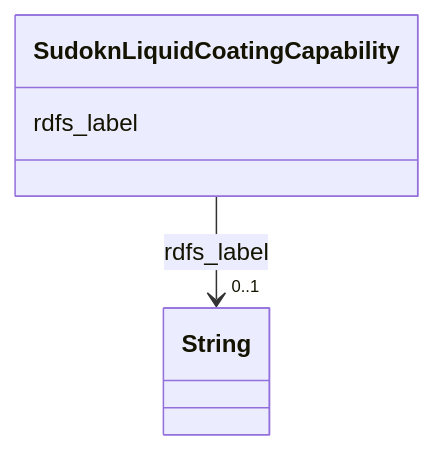
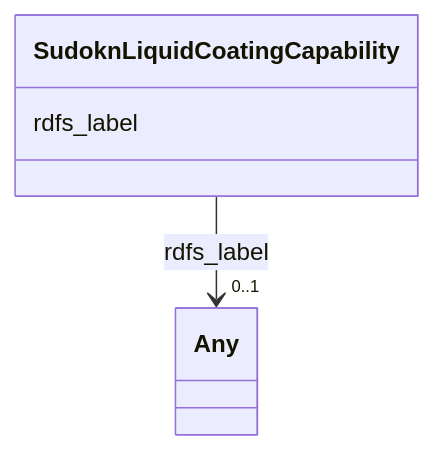
The diagram in sudokn-kg/classes/SudoknLiquidCoatingCapability.md (frink-okn/graph-descriptions), drawn with Mermaid before and after one commit. The commit also changed other lines of this file and 903 other files, not shown here.

````diff
--- a/sudokn-kg/classes/SudoknLiquidCoatingCapability.md
+++ b/sudokn-kg/classes/SudoknLiquidCoatingCapability.md
@@ -23,15 +18,15 @@
 ```mermaid
  classDiagram
     class SudoknLiquidCoatingCapability
     click SudoknLiquidCoatingCapability href "../SudoknLiquidCoatingCapability"
       SudoknLiquidCoatingCapability : rdfs_label
         
           
     
     
-    SudoknLiquidCoatingCapability --> "0..1" String : rdfs_label
-    click String href "../String"
+    SudoknLiquidCoatingCapability --> "0..1" Any : rdfs_label
+    click Any href "../Any"
 
         
       
 ```
````
